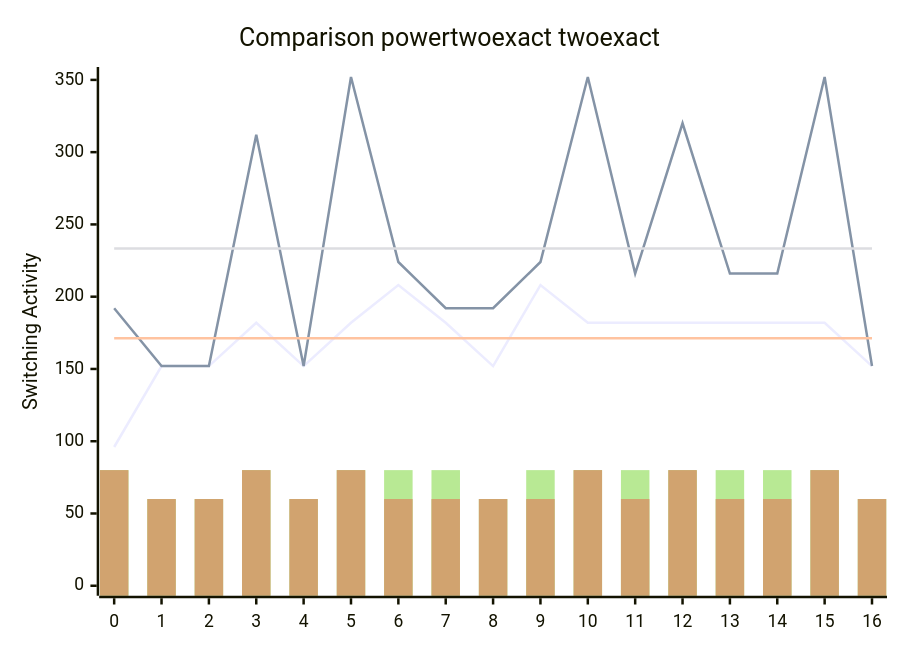
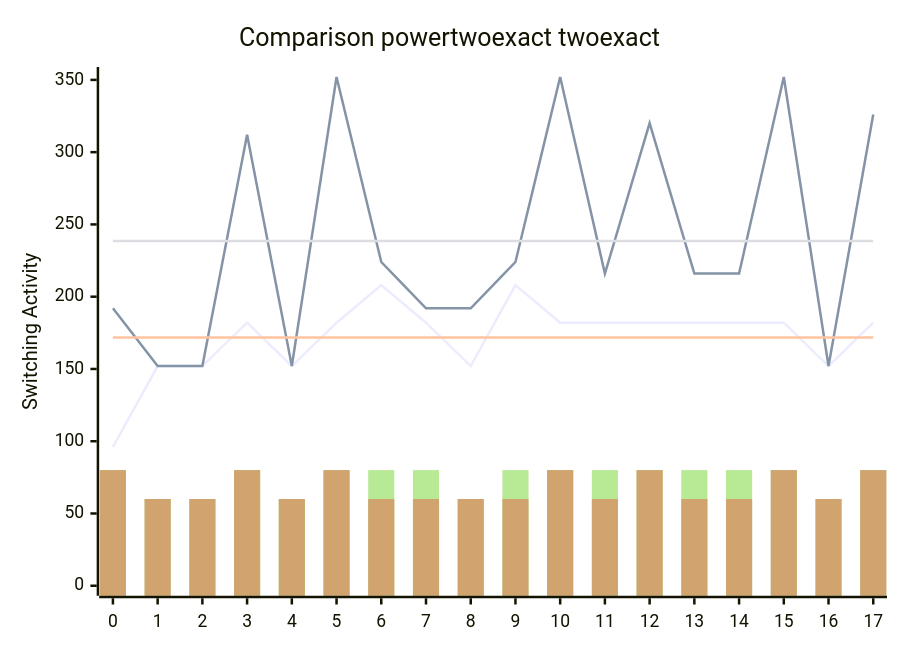
One commit to FeldmeierMichael/Exact-Power-Synthesis changed the diagram in benchmark.md. Above: the diagram before and after it, drawn with Mermaid. The commit also changed other lines of this file and 2 other files, not shown here.

````diff
--- a/benchmark.md
+++ b/benchmark.md
@@ -35,12 +37,12 @@
 ```mermaid
 xychart-beta
     title "Comparison powertwoexact twoexact"
-    x-axis [0, 1, 2, 3, 4, 5, 6, 7, 8, 9, 10, 11, 12, 13, 14, 15, 16]
+    x-axis [0, 1, 2, 3, 4, 5, 6, 7, 8, 9, 10, 11, 12, 13, 14, 15, 16, 17]
     y-axis "Switching Activity" 0-->352
-    line [96, 152, 152, 182, 152, 182, 208, 182, 152, 208, 182, 182, 182, 182, 182, 182, 152]
-    line [192, 152, 152, 312, 152, 352, 224, 192, 192, 224, 352, 216, 320, 216, 216, 352, 152]
-    line [171.1764705882353, 171.1764705882353, 171.1764705882353, 171.1764705882353, 171.1764705882353, 171.1764705882353, 171.1764705882353, 171.1764705882353, 171.1764705882353, 171.1764705882353, 171.1764705882353, 171.1764705882353, 171.1764705882353, 171.1764705882353, 171.1764705882353, 171.1764705882353, 171.1764705882353]
-    line [233.41176470588235, 233.41176470588235, 233.41176470588235, 233.41176470588235, 233.41176470588235, 233.41176470588235, 233.41176470588235, 233.41176470588235, 233.41176470588235, 233.41176470588235, 233.41176470588235, 233.41176470588235, 233.41176470588235, 233.41176470588235, 233.41176470588235, 233.41176470588235, 233.41176470588235]
-    bar [80, 60, 60, 80, 60, 80, 80, 80, 60, 80, 80, 80, 80, 80, 80, 80, 60]
-    bar [80, 60, 60, 80, 60, 80, 60, 60, 60, 60, 80, 60, 80, 60, 60, 80, 60]
+    line [96, 152, 152, 182, 152, 182, 208, 182, 152, 208, 182, 182, 182, 182, 182, 182, 152, 182]
+    line [192, 152, 152, 312, 152, 352, 224, 192, 192, 224, 352, 216, 320, 216, 216, 352, 152, 326]
+    line [171.77777777777777, 171.77777777777777, 171.77777777777777, 171.77777777777777, 171.77777777777777, 171.77777777777777, 171.77777777777777, 171.77777777777777, 171.77777777777777, 171.77777777777777, 171.77777777777777, 171.77777777777777, 171.77777777777777, 171.77777777777777, 171.77777777777777, 171.77777777777777, 171.77777777777777, 171.77777777777777]
+    line [238.55555555555554, 238.55555555555554, 238.55555555555554, 238.55555555555554, 238.55555555555554, 238.55555555555554, 238.55555555555554, 238.55555555555554, 238.55555555555554, 238.55555555555554, 238.55555555555554, 238.55555555555554, 238.55555555555554, 238.55555555555554, 238.55555555555554, 238.55555555555554, 238.55555555555554, 238.55555555555554]
+    bar [80, 60, 60, 80, 60, 80, 80, 80, 60, 80, 80, 80, 80, 80, 80, 80, 60, 80]
+    bar [80, 60, 60, 80, 60, 80, 60, 60, 60, 60, 80, 60, 80, 60, 60, 80, 60, 80]
 ```
````
